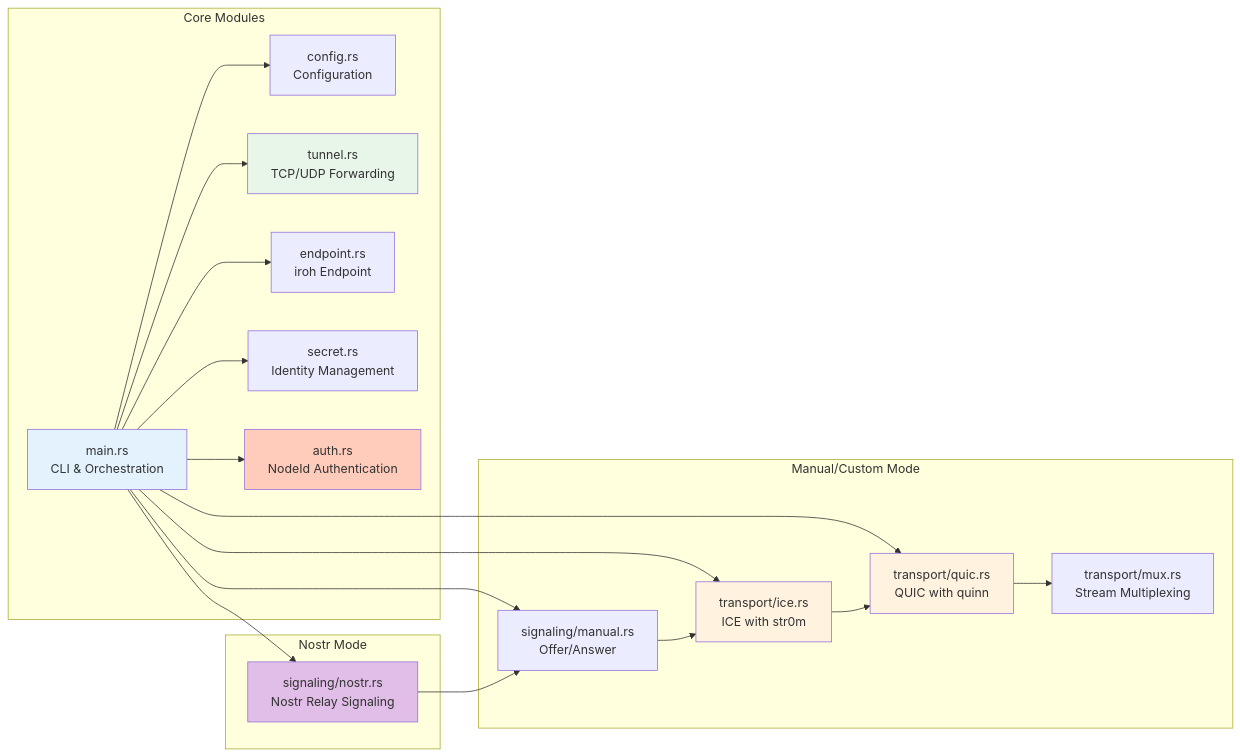
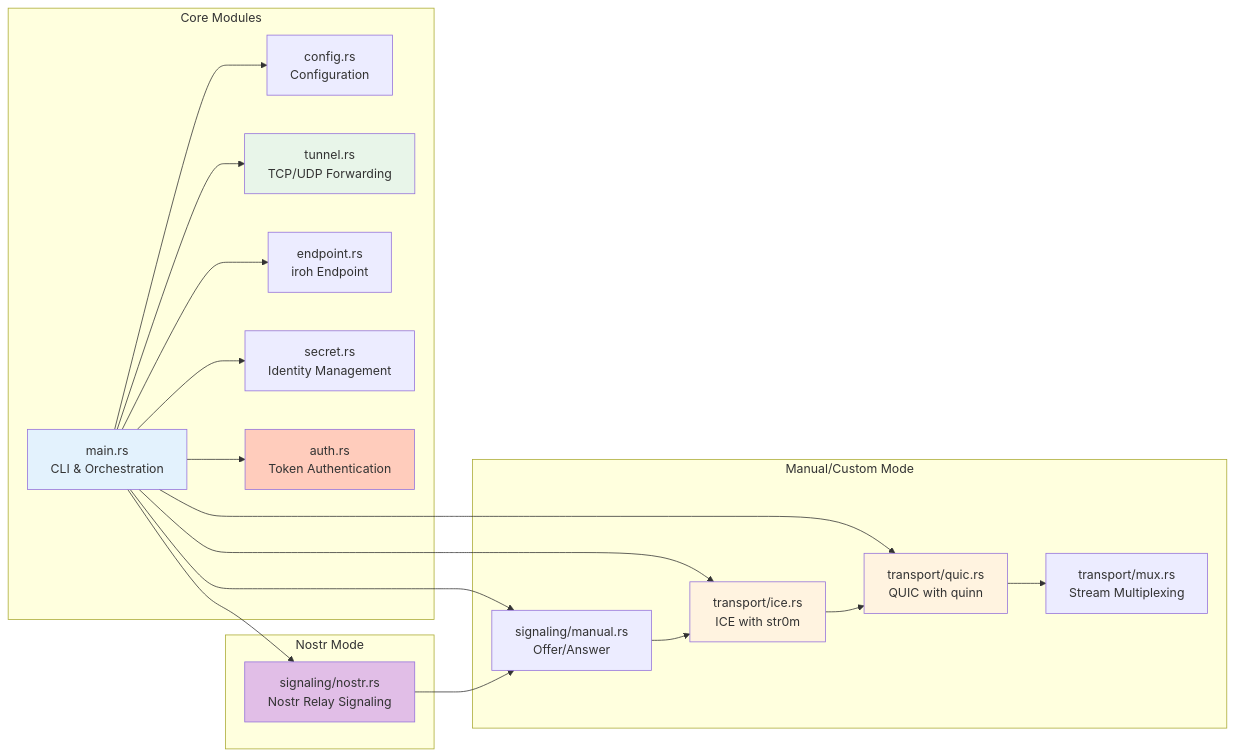
The second of 35 diagrams in docs/ARCHITECTURE.md (andrewtheguy/vpn-rs), drawn with Mermaid before and after one commit. The commit also changed other lines of this file and 11 other files, not shown here.

Commit message:
Implement token-based authentication for iroh multi-source mode

````diff
--- a/docs/ARCHITECTURE.md
+++ b/docs/ARCHITECTURE.md
@@ -76,44 +76,44 @@
 ```mermaid
 graph LR
     subgraph "Core Modules"
         A[main.rs<br/>CLI & Orchestration]
         B[config.rs<br/>Configuration]
         C[tunnel.rs<br/>TCP/UDP Forwarding]
         D[endpoint.rs<br/>iroh Endpoint]
         E[secret.rs<br/>Identity Management]
-        E2[auth.rs<br/>NodeId Authentication]
+        E2[auth.rs<br/>Token Authentication]
     end
 
     subgraph "Manual/Custom Mode"
         F[transport/ice.rs<br/>ICE with str0m]
         G[transport/quic.rs<br/>QUIC with quinn]
         H[signaling/manual.rs<br/>Offer/Answer]
         I[transport/mux.rs<br/>Stream Multiplexing]
     end
 
     subgraph "Nostr Mode"
         J[signaling/nostr.rs<br/>Nostr Relay Signaling]
     end
 
     A --> B
     A --> C
     A --> D
     A --> E
     A --> E2
     A --> F
     A --> G
     A --> H
     A --> J
 
     F --> G
     H --> F
     J --> H
     G --> I
 
     style A fill:#E3F2FD
     style C fill:#E8F5E9
     style E2 fill:#FFCCBC
     style F fill:#FFF3E0
     style G fill:#FFF3E0
     style J fill:#E1BEE7
 ```
````
